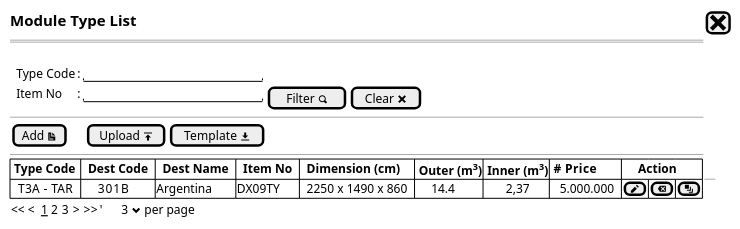
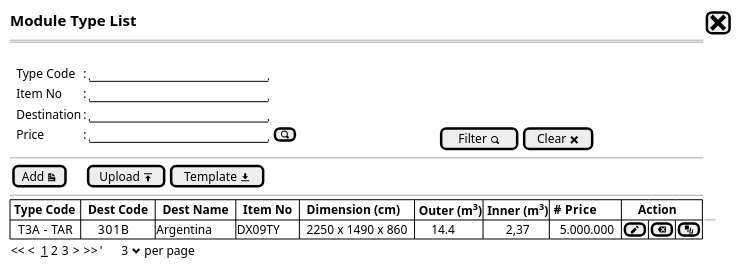
The diagram in Module Type/module type - list step0a.puml (ari-fikri/packing-cost-mockup), drawn with PlantUML before and after one commit. The commit also changed 2 other files, not shown here.

Commit message:
Add filter fields

```diff
--- a/Module Type/module type - list step0a.puml
+++ b/Module Type/module type - list step0a.puml
@@ -1,26 +1,27 @@
 @startsalt
 {
   <size:15><b>Module Type List|[<size:25><&x>]|*
   ==
   .
   {
-      .|Type Code    |: |"                      "|*
-      .|Item No      |: |"                      "| [Filter <&magnifying-glass>]| [Clear <&x>]| *      
-
+    .|Type Code    |: |"                      "|*
+    .|Item No      |: |"                      "|*
+    .|Destination  |: |"                      "|*
+    .|Price        |: |"                      "|[<&magnifying-glass>] |                                             |[Filter <&magnifying-glass>]| [Clear <&x>]| *
   }
   --
   {
   [Add <&document>]|.|.|.|[Upload <&data-transfer-upload>]| [Template <&data-transfer-download>]|*
   }
   --
    {#
   |<b> Type Code |<b>  Dest Code  |<b>  Dest Name  |<b>  Item No  | <b> Dimension (cm)  |<b> Outer (m<sup>3</sup>) |<b> Inner (m<sup>3</sup>) | <b>#  Price  |<b>     Action |*|*|*
   |  T3A - TAR   |       301B     |     Argentina  | DX09TY       |  2250 x 1490 x 860  |      14.4                |        2,37              |   5.000.000  |[<&pencil>]|[<&delete>]|[<&layers>]|*
 
   } 
   --
   {
   << <  __1__ 2 3  > >>  |'      3 <&chevron-bottom> per page |*
   }
 }
 @endsalt
```
